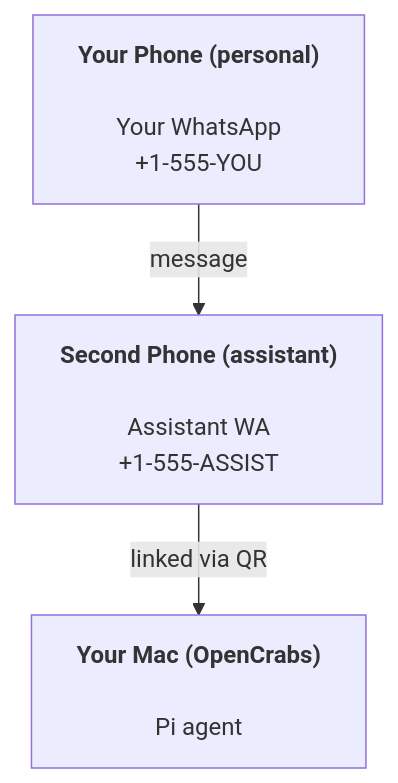
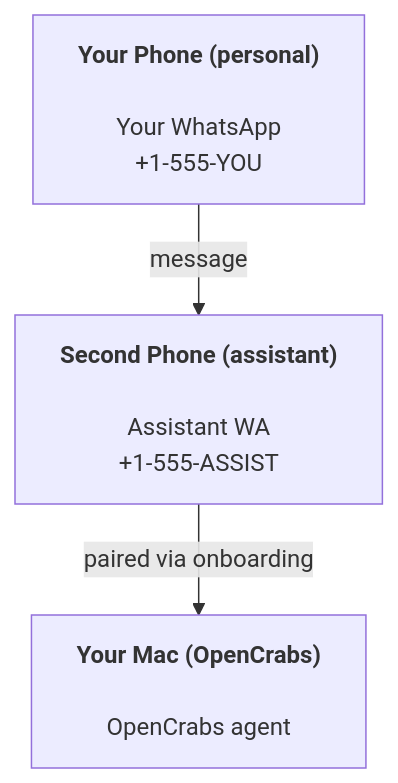
Before and after one commit to adolfousier/opencrabs: the diagram in src/docs/start/OPENCRABS.md, drawn with Mermaid. The commit also changed other lines of this file and 2 other files, not shown here.

````diff
--- a/src/docs/start/OPENCRABS.md
+++ b/src/docs/start/OPENCRABS.md
@@ -35,5 +36,5 @@
 ```mermaid
 flowchart TB
     A["<b>Your Phone (personal)<br></b><br>Your WhatsApp<br>+1-555-YOU"] -- message --> B["<b>Second Phone (assistant)<br></b><br>Assistant WA<br>+1-555-ASSIST"]
-    B -- linked via QR --> C["<b>Your Mac (OpenCrabs)<br></b><br>Pi agent"]
+    B -- paired via onboarding --> C["<b>Your Mac (OpenCrabs)<br></b><br>OpenCrabs agent"]
 ```
````
